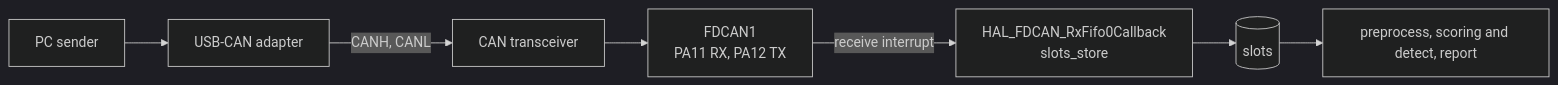
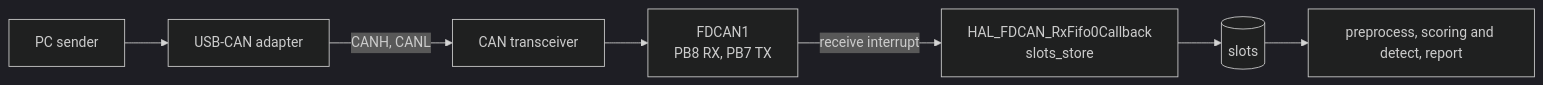
One commit to asana17/ai_can_anomaly_detection changed the diagram in board/docs/connecting_can_bus.md. Above: the diagram before and after it, drawn with Mermaid (dark theme). The commit also changed other lines of this file, not shown here.

Commit message:
docs(board): FDCAN1 on PB7 and PB8

````diff
--- a/board/docs/connecting_can_bus.md
+++ b/board/docs/connecting_can_bus.md
@@ -10,7 +10,7 @@
 ```mermaid
 flowchart LR
-    pc[PC sender] --> usb[USB-CAN adapter] -- CANH, CANL --> tr[CAN transceiver] --> fd["FDCAN1<br/>PA11 RX, PA12 TX"]
+    pc[PC sender] --> usb[USB-CAN adapter] -- CANH, CANL --> tr[CAN transceiver] --> fd["FDCAN1<br/>PB8 RX, PB7 TX"]
     fd -- receive interrupt --> cb["HAL_FDCAN_RxFifo0Callback<br/>slots_store"]
     cb --> slots[(slots)]
     slots --> pre[preprocess, scoring and detect, report]
 ```
````
